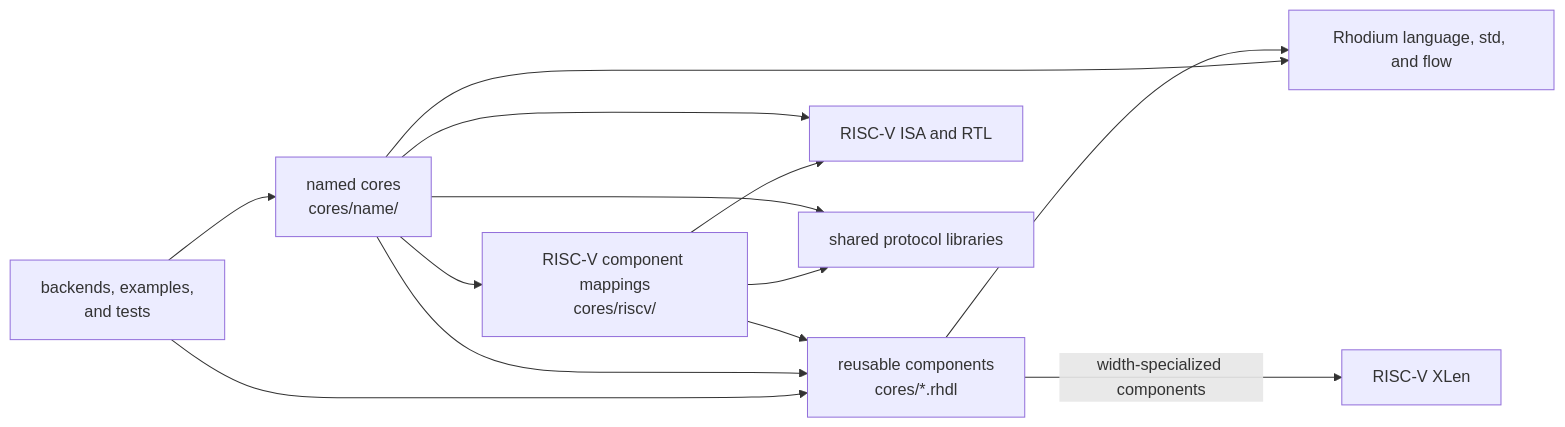
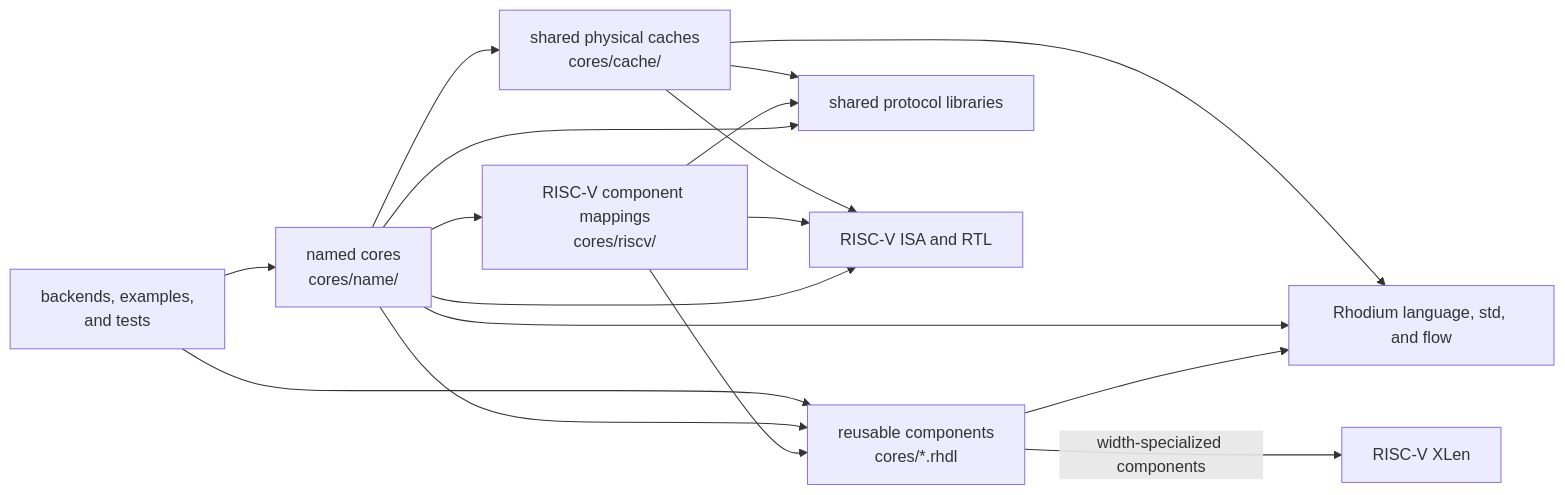
Before and after one commit to jerryz123/rhodium: the diagram in cores/DEVELOPING.md, drawn with Mermaid. The commit also changed other lines of this file and 119 other files, not shown here.

````diff
--- a/cores/DEVELOPING.md
+++ b/cores/DEVELOPING.md
@@ -35,15 +38,19 @@
 ```mermaid
 flowchart LR
   Consumers["backends, examples,<br/>and tests"] --> Named["named cores<br/>cores/name/"]
   Consumers --> Reusable["reusable components<br/>cores/*.rhdl"]
   Named --> Reusable
+  Named --> Cache["shared physical caches<br/>cores/cache/"]
+  Cache --> Protocols
+  Cache --> Riscv
+  Cache --> Rhodium
   Named --> Mapping["RISC-V component mappings<br/>cores/riscv/"]
   Mapping --> Reusable
   Mapping --> Riscv
   Mapping --> Protocols
   Named --> Riscv["RISC-V ISA and RTL"]
   Named --> Protocols["shared protocol libraries"]
   Named --> Rhodium["Rhodium language, std, and flow"]
   Reusable --> Rhodium
   Reusable -->|"width-specialized components"| Xlen["RISC-V XLen"]
 ```
````
